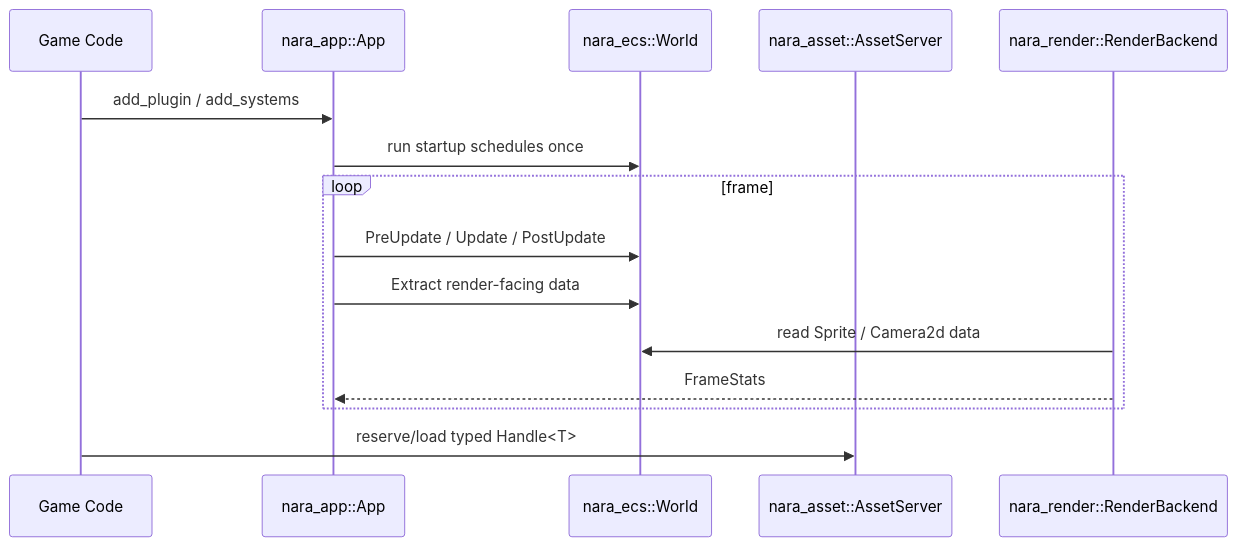
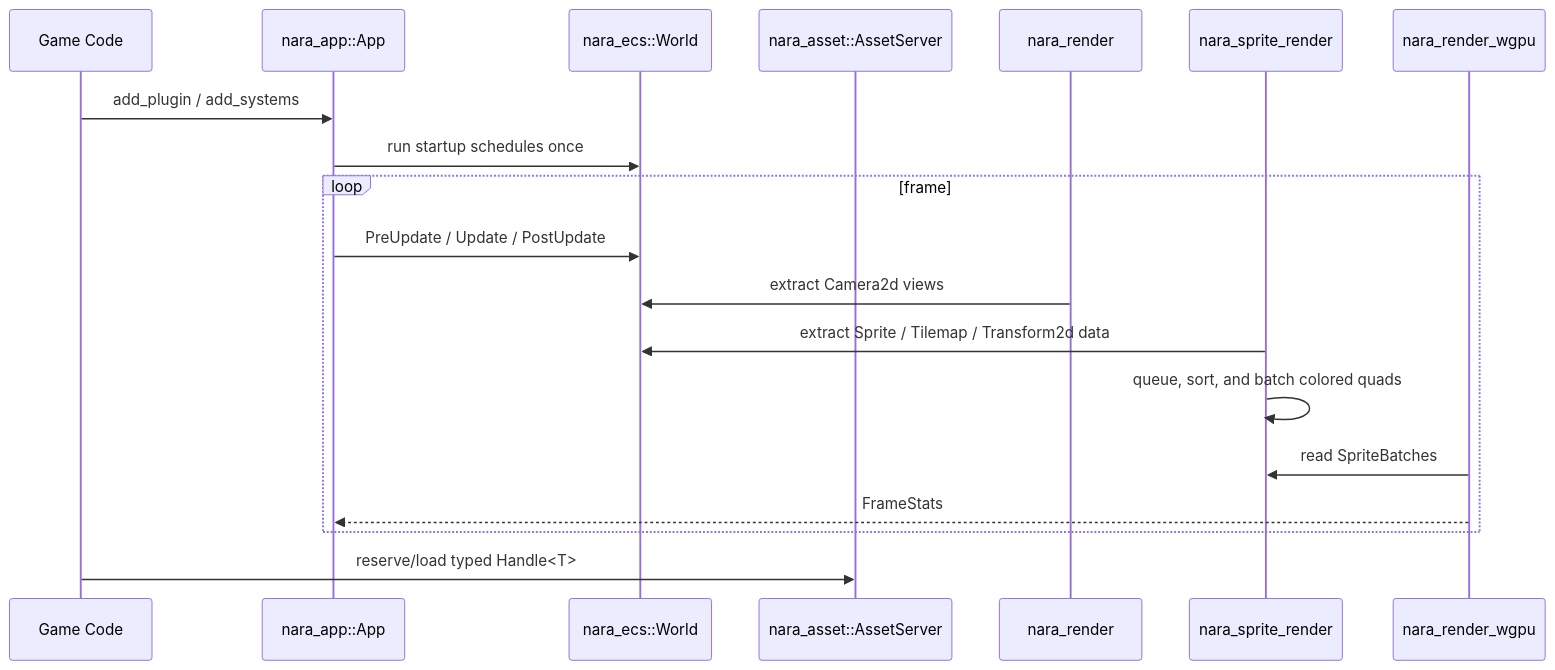
The second of 2 diagrams in docs/architecture/nara-foundation.md (Latias94/nara), drawn with Mermaid before and after one commit. The commit also changed other lines of this file and 9 other files, not shown here.

````diff
--- a/docs/architecture/nara-foundation.md
+++ b/docs/architecture/nara-foundation.md
@@ -81,18 +90,22 @@
 ```mermaid
 sequenceDiagram
     participant Game as Game Code
     participant App as nara_app::App
     participant ECS as nara_ecs::World
     participant Asset as nara_asset::AssetServer
-    participant Render as nara_render::RenderBackend
+    participant Render as nara_render
+    participant SpriteRender as nara_sprite_render
+    participant Wgpu as nara_render_wgpu
 
     Game->>App: add_plugin / add_systems
     App->>ECS: run startup schedules once
     loop frame
         App->>ECS: PreUpdate / Update / PostUpdate
-        App->>ECS: Extract render-facing data
-        Render->>ECS: read Sprite / Camera2d data
-        Render-->>App: FrameStats
+        Render->>ECS: extract Camera2d views
+        SpriteRender->>ECS: extract Sprite / Tilemap / Transform2d data
+        SpriteRender->>SpriteRender: queue, sort, and batch colored quads
+        Wgpu->>SpriteRender: read SpriteBatches
+        Wgpu-->>App: FrameStats
     end
     Game->>Asset: reserve/load typed Handle<T>
 ```
````
